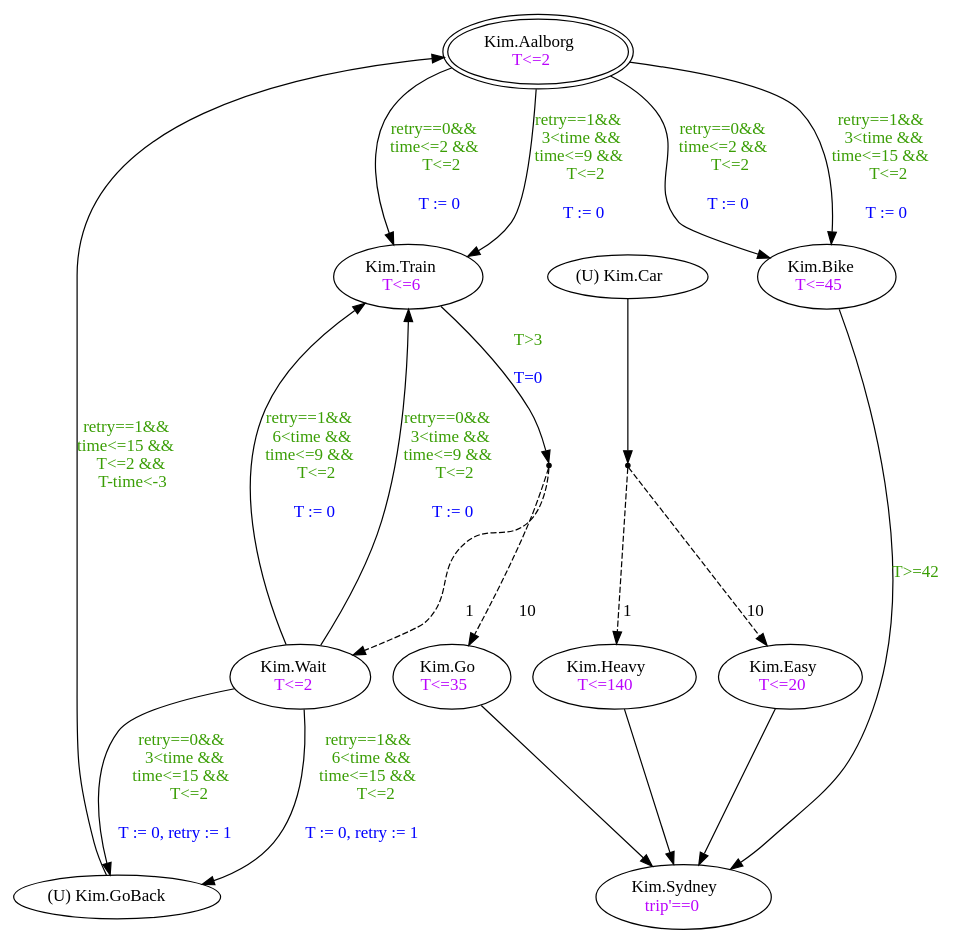
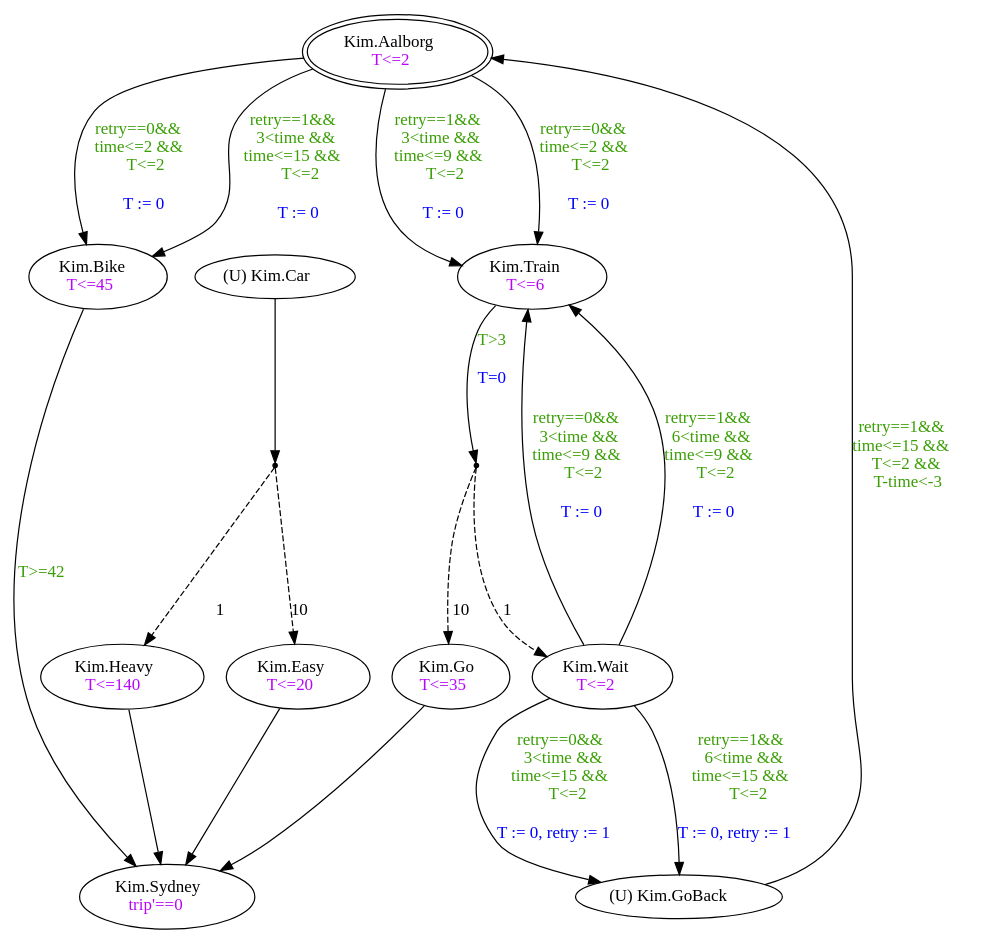
One commit to LesLivia/StrategyViz changed the diagram in resources/ptas/gosafe.gv. Above: the diagram before and after it, drawn with Graphviz. The commit also changed other lines of this file and 5 other files, not shown here.

```diff
--- a/resources/ptas/gosafe.gv
+++ b/resources/ptas/gosafe.gv
@@ -1,33 +1,33 @@
 digraph gosafe {
+	"Kim.Aalborg" [label=<Kim.Aalborg<BR/><font color='#ba03fc'>T&lt;=2</font>> peripheries=2]
+	"Kim.Bike" [label=<Kim.Bike<BR/><font color='#ba03fc'>T&lt;=45</font>>]
+	"Kim.Go" [label=<Kim.Go<BR/><font color='#ba03fc'>T&lt;=35</font>>]
+	"Kim.Train" [label=<Kim.Train<BR/><font color='#ba03fc'>T&lt;=6</font>>]
+	"Kim.Heavy" [label=<Kim.Heavy<BR/><font color='#ba03fc'>T&lt;=140</font>>]
+	"Kim.Car" [label=<(U) Kim.Car<BR/>>]
+	"Kim.GoBack" [label=<(U) Kim.GoBack<BR/>>]
+	"Kim.Wait" [label=<Kim.Wait<BR/><font color='#ba03fc'>T&lt;=2</font>>]
+	"Kim.Sydney" [label=<Kim.Sydney<BR/><font color='#ba03fc'>trip'==0</font>>]
 	"Kim.Easy" [label=<Kim.Easy<BR/><font color='#ba03fc'>T&lt;=20</font>>]
-	"Kim.Train" [label=<Kim.Train<BR/><font color='#ba03fc'>T&lt;=6</font>>]
-	"Kim.Bike" [label=<Kim.Bike<BR/><font color='#ba03fc'>T&lt;=45</font>>]
-	"Kim.Wait" [label=<Kim.Wait<BR/><font color='#ba03fc'>T&lt;=2</font>>]
-	"Kim.Aalborg" [label=<Kim.Aalborg<BR/><font color='#ba03fc'>T&lt;=2</font>> peripheries=2]
-	"Kim.Heavy" [label=<Kim.Heavy<BR/><font color='#ba03fc'>T&lt;=140</font>>]
-	"Kim.Go" [label=<Kim.Go<BR/><font color='#ba03fc'>T&lt;=35</font>>]
-	"Kim.GoBack" [label=<(U) Kim.GoBack<BR/>>]
-	"Kim.Car" [label=<(U) Kim.Car<BR/>>]
-	"Kim.Sydney" [label=<Kim.Sydney<BR/><font color='#ba03fc'>trip'==0</font>>]
 	"Kim.Easy" -> "Kim.Sydney" [label=<<BR/><BR/>>]
+	"Kim.Wait" -> "Kim.Train" [label=<<font color='#3a9e05'>retry==1&amp;&amp;<BR/>6&lt;time &amp;&amp;<BR/>time&lt;=9 &amp;&amp;<BR/>T&lt;=2</font><BR/><BR/><font color='blue'> T := 0<BR/></font>>]
+	"Kim.Bike" -> "Kim.Sydney" [label=<<font color='#3a9e05'>T&gt;=42</font><BR/><BR/>>]
+	id10 -> "Kim.Go" [label=<<BR/><BR/><BR/>10> style=dashed]
+	"Kim.Go" -> "Kim.Sydney" [label=<<BR/><BR/>>]
+	id11 -> "Kim.Heavy" [label=<<BR/><BR/><BR/>1> style=dashed]
+	id11 -> "Kim.Easy" [label=<<BR/><BR/><BR/>10> style=dashed]
 	"Kim.Aalborg" -> "Kim.Bike" [label=<<font color='#3a9e05'>retry==1&amp;&amp;<BR/>3&lt;time &amp;&amp;<BR/>time&lt;=15 &amp;&amp;<BR/>T&lt;=2</font><BR/><BR/><font color='blue'> T := 0<BR/></font>>]
-	"Kim.Wait" -> "Kim.Train" [label=<<font color='#3a9e05'>retry==1&amp;&amp;<BR/>6&lt;time &amp;&amp;<BR/>time&lt;=9 &amp;&amp;<BR/>T&lt;=2</font><BR/><BR/><font color='blue'> T := 0<BR/></font>>]
+	"Kim.Aalborg" -> "Kim.Train" [label=<<font color='#3a9e05'>retry==0&amp;&amp;<BR/>time&lt;=2 &amp;&amp;<BR/>T&lt;=2</font><BR/><BR/><font color='blue'> T := 0<BR/></font>>]
+	"Kim.Wait" -> "Kim.GoBack" [label=<<font color='#3a9e05'>retry==0&amp;&amp;<BR/>3&lt;time &amp;&amp;<BR/>time&lt;=15 &amp;&amp;<BR/>T&lt;=2</font><BR/><BR/><font color='blue'> T := 0, retry := 1<BR/></font>>]
+	"Kim.Train" -> id10 [label=<<font color='#3a9e05'>T&gt;3</font><BR/><BR/><font color='blue'>T=0</font>>]
+	id10 -> "Kim.Wait" [label=<<BR/><BR/><BR/>1> style=dashed]
+	"Kim.Wait" -> "Kim.GoBack" [label=<<font color='#3a9e05'>retry==1&amp;&amp;<BR/>6&lt;time &amp;&amp;<BR/>time&lt;=15 &amp;&amp;<BR/>T&lt;=2</font><BR/><BR/><font color='blue'> T := 0, retry := 1<BR/></font>>]
 	"Kim.Aalborg" -> "Kim.Train" [label=<<font color='#3a9e05'>retry==1&amp;&amp;<BR/>3&lt;time &amp;&amp;<BR/>time&lt;=9 &amp;&amp;<BR/>T&lt;=2</font><BR/><BR/><font color='blue'> T := 0<BR/></font>>]
 	"Kim.Wait" -> "Kim.Train" [label=<<font color='#3a9e05'>retry==0&amp;&amp;<BR/>3&lt;time &amp;&amp;<BR/>time&lt;=9 &amp;&amp;<BR/>T&lt;=2</font><BR/><BR/><font color='blue'> T := 0<BR/></font>>]
-	"Kim.Bike" -> "Kim.Sydney" [label=<<font color='#3a9e05'>T&gt;=42</font><BR/><BR/>>]
+	"Kim.Car" -> id11 [label=<<BR/><BR/>>]
+	"Kim.GoBack" -> "Kim.Aalborg" [label=<<font color='#3a9e05'>retry==1&amp;&amp;<BR/>time&lt;=15 &amp;&amp;<BR/>T&lt;=2 &amp;&amp;<BR/>T-time&lt;-3</font><BR/><BR/>>]
+	"Kim.Aalborg" -> "Kim.Bike" [label=<<font color='#3a9e05'>retry==0&amp;&amp;<BR/>time&lt;=2 &amp;&amp;<BR/>T&lt;=2</font><BR/><BR/><font color='blue'> T := 0<BR/></font>>]
 	"Kim.Heavy" -> "Kim.Sydney" [label=<<BR/><BR/>>]
-	id11 -> "Kim.Heavy" [label=<<BR/><BR/><BR/>1> style=dashed]
-	"Kim.Aalborg" -> "Kim.Bike" [label=<<font color='#3a9e05'>retry==0&amp;&amp;<BR/>time&lt;=2 &amp;&amp;<BR/>T&lt;=2</font><BR/><BR/><font color='blue'> T := 0<BR/></font>>]
-	"Kim.Aalborg" -> "Kim.Train" [label=<<font color='#3a9e05'>retry==0&amp;&amp;<BR/>time&lt;=2 &amp;&amp;<BR/>T&lt;=2</font><BR/><BR/><font color='blue'> T := 0<BR/></font>>]
-	"Kim.Car" -> id11 [label=<<BR/><BR/>>]
-	"Kim.Wait" -> "Kim.GoBack" [label=<<font color='#3a9e05'>retry==0&amp;&amp;<BR/>3&lt;time &amp;&amp;<BR/>time&lt;=15 &amp;&amp;<BR/>T&lt;=2</font><BR/><BR/><font color='blue'> T := 0, retry := 1<BR/></font>>]
-	id10 -> "Kim.Go" [label=<<BR/><BR/><BR/>10> style=dashed]
-	"Kim.Train" -> id10 [label=<<font color='#3a9e05'>T&gt;3</font><BR/><BR/><font color='blue'>T=0</font>>]
-	"Kim.Go" -> "Kim.Sydney" [label=<<BR/><BR/>>]
-	"Kim.GoBack" -> "Kim.Aalborg" [label=<<font color='#3a9e05'>retry==1&amp;&amp;<BR/>time&lt;=15 &amp;&amp;<BR/>T&lt;=2 &amp;&amp;<BR/>T-time&lt;-3</font><BR/><BR/>>]
-	id11 -> "Kim.Easy" [label=<<BR/><BR/><BR/>10> style=dashed]
-	"Kim.Wait" -> "Kim.GoBack" [label=<<font color='#3a9e05'>retry==1&amp;&amp;<BR/>6&lt;time &amp;&amp;<BR/>time&lt;=15 &amp;&amp;<BR/>T&lt;=2</font><BR/><BR/><font color='blue'> T := 0, retry := 1<BR/></font>>]
-	id10 -> "Kim.Wait" [label=<<BR/><BR/><BR/>1> style=dashed]
 	id10 [shape=point]
 	id11 [shape=point]
 }
```
